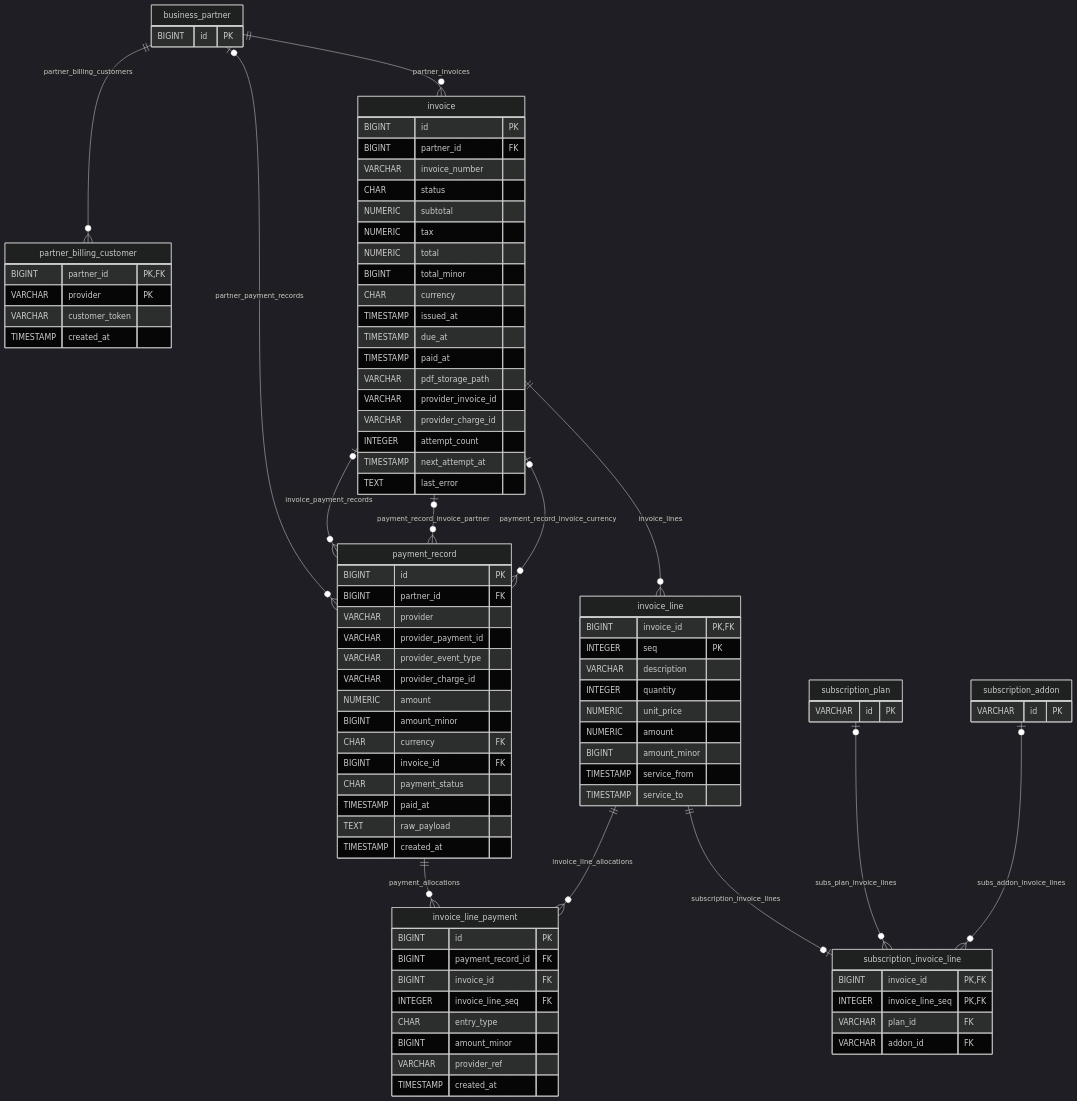
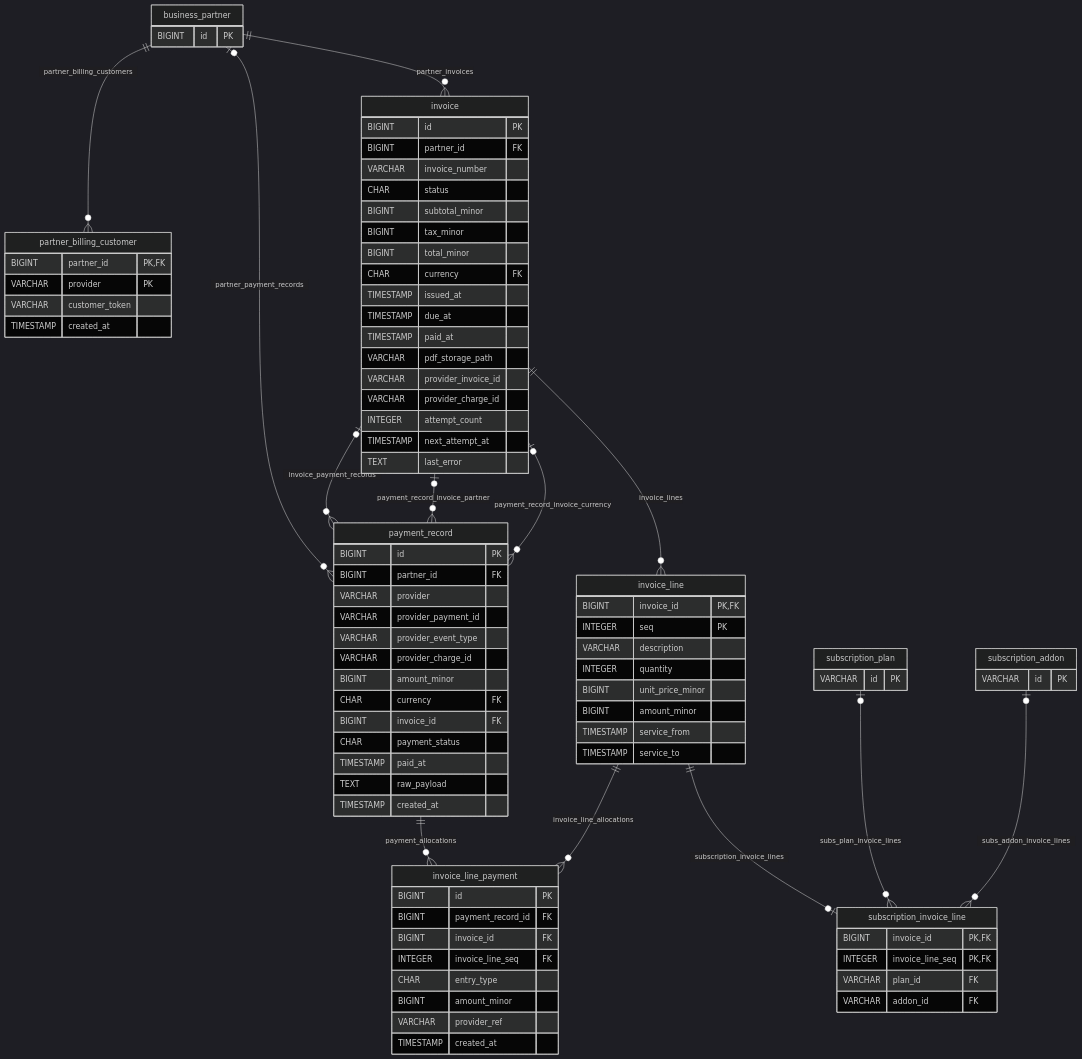
Diagram 21 of 24 in doc/database.md (nauticana/keel), drawn with Mermaid (dark theme) before and after one commit. The commit also changed other lines of this file and 121 other files, not shown here.

Commit message:
Currency catalog, minor-unit money columns, provider API clients

```diff
--- a/doc/database.md
+++ b/doc/database.md
@@ -1288,11 +1294,10 @@
         BIGINT partner_id FK
         VARCHAR invoice_number
         CHAR status
-        NUMERIC subtotal
-        NUMERIC tax
-        NUMERIC total
+        BIGINT subtotal_minor
+        BIGINT tax_minor
         BIGINT total_minor
-        CHAR currency
+        CHAR currency FK
         TIMESTAMP issued_at
         TIMESTAMP due_at
         TIMESTAMP paid_at
@@ -1308,8 +1313,7 @@
         INTEGER seq PK
         VARCHAR description
         INTEGER quantity
-        NUMERIC unit_price
-        NUMERIC amount
+        BIGINT unit_price_minor
         BIGINT amount_minor
         TIMESTAMP service_from
         TIMESTAMP service_to
@@ -1327,7 +1331,6 @@
         VARCHAR provider_payment_id
         VARCHAR provider_event_type
         VARCHAR provider_charge_id
-        NUMERIC amount
         BIGINT amount_minor
         CHAR currency FK
         BIGINT invoice_id FK
```
